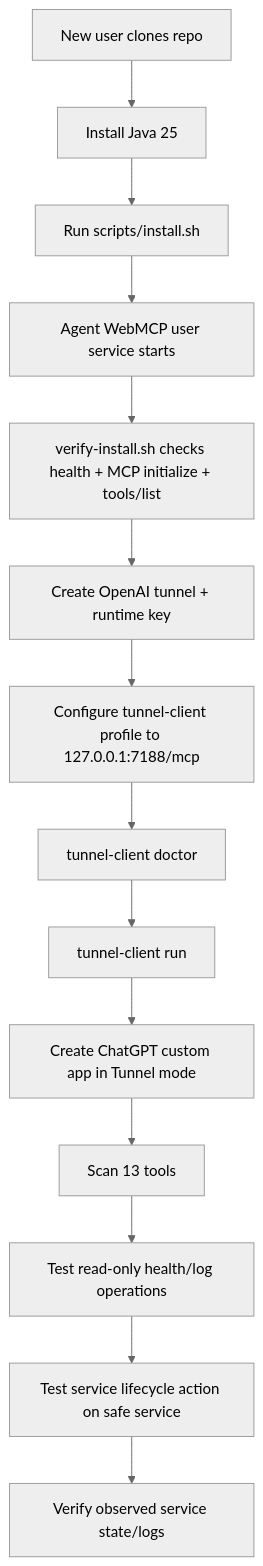
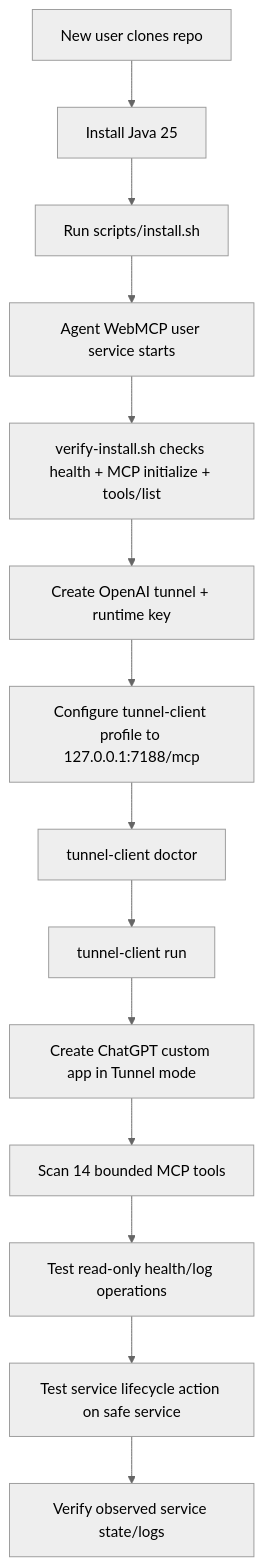
The seventh of 7 diagrams in README.md (tjXJNOOBIE/agent-webmcp), drawn with Mermaid (neutral theme) before and after one commit. The commit also changed other lines of this file and 67 other files, not shown here.

````diff
--- a/README.md
+++ b/README.md
@@ -307,16 +307,16 @@
 ```mermaid
 flowchart TD
     A[New user clones repo] --> B[Install Java 25]
     B --> C[Run scripts/install.sh]
     C --> D[Agent WebMCP user service starts]
     D --> E[verify-install.sh checks health + MCP initialize + tools/list]
     E --> F[Create OpenAI tunnel + runtime key]
     F --> G[Configure tunnel-client profile to 127.0.0.1:7188/mcp]
     G --> H[tunnel-client doctor]
     H --> I[tunnel-client run]
     I --> J[Create ChatGPT custom app in Tunnel mode]
-    J --> K[Scan 13 tools]
+    J --> K[Scan 14 bounded MCP tools]
     K --> L[Test read-only health/log operations]
     L --> M[Test service lifecycle action on safe service]
     M --> N[Verify observed service state/logs]
 ```
````
